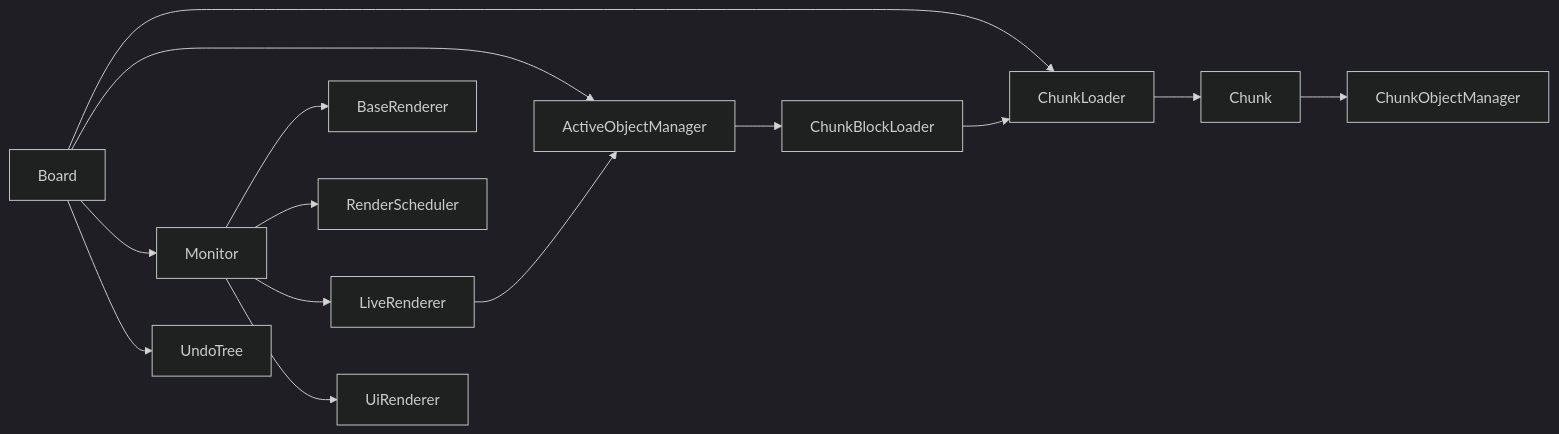
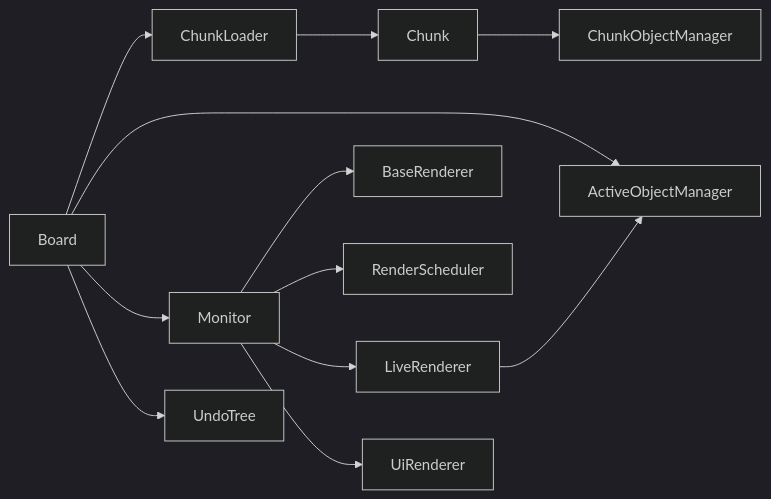
One commit to Frank-Steven/HoundWhiteboard changed the diagram in src/core/components/docs/components-document.md. Above: the diagram before and after it, drawn with Mermaid (dark theme). The commit also changed other lines of this file and 25 other files, not shown here.

Commit message:
refactor(chunk): 弃用 ChunkBlockLoader，全面转向 ChunkLoader

````diff
--- a/src/core/components/docs/components-document.md
+++ b/src/core/components/docs/components-document.md
@@ -58,29 +56,26 @@
 ```mermaid
 graph LR
   B["Board"]
   C["Chunk"]
   CL["ChunkLoader"]
   COM["ChunkObjectManager"]
   AOM["ActiveObjectManager"]
-  CBL["ChunkBlockLoader"]
   M["Monitor"]
   BR["BaseRenderer"]
   RS["RenderScheduler"]
   LR["LiveRenderer"]
   UR["UiRenderer"]
   UT["UndoTree"]
 
   B --> CL
   CL --> C
   C --> COM
   B --> AOM
   B --> M
   B --> UT
-  CBL --> CL
-  AOM --> CBL
   M --> BR
   M --> RS
   M --> LR
   M --> UR
   LR --> AOM
 ```
````
